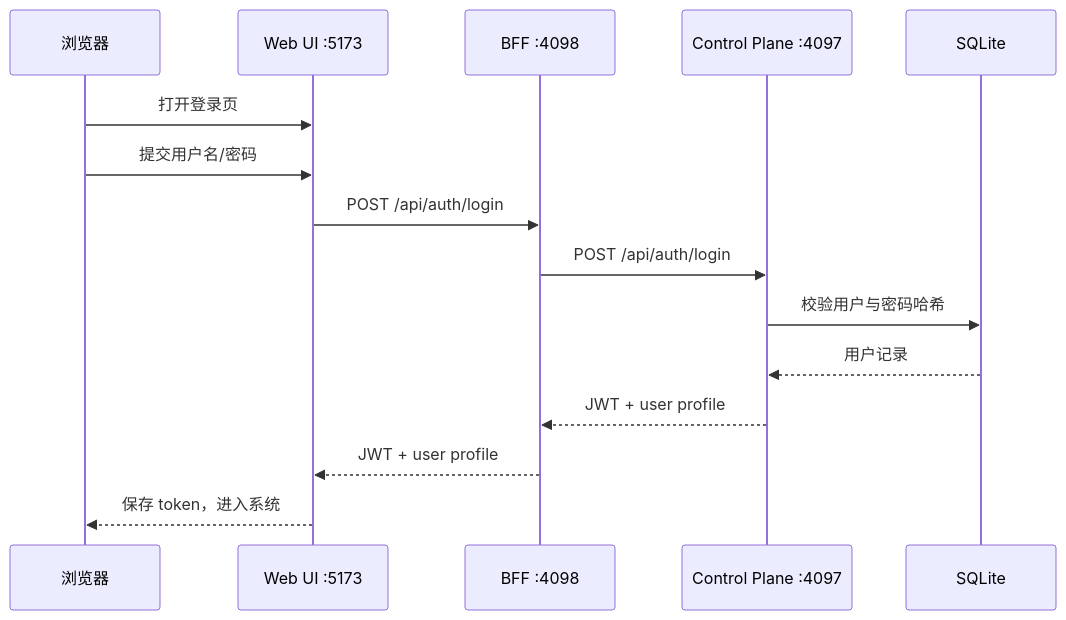
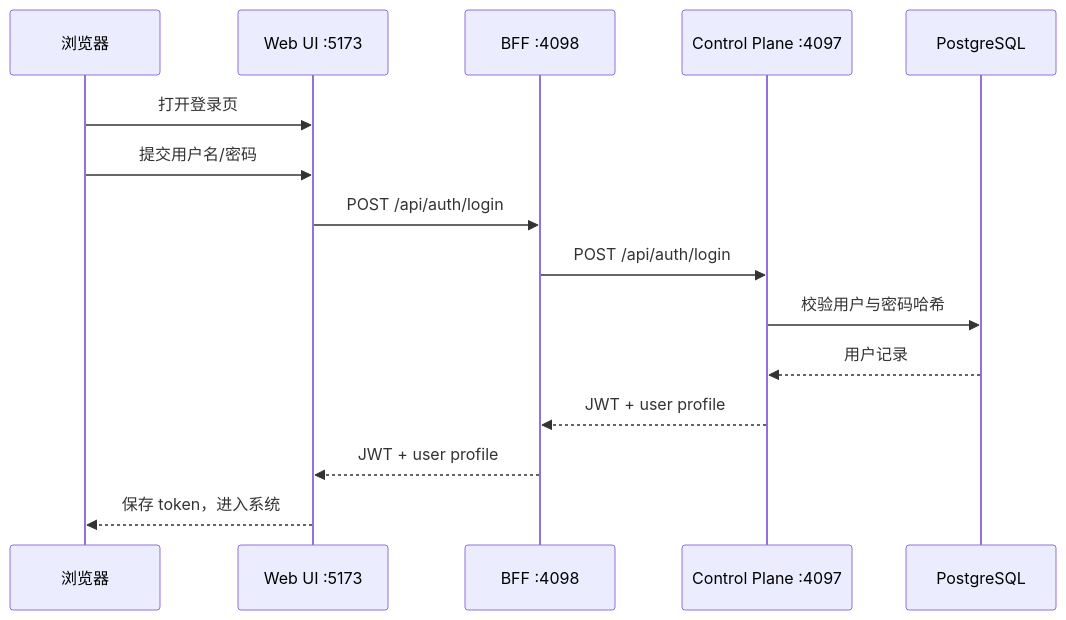
Before and after one commit to openerserver/openerx: the second of 5 diagrams in docs/runtime-process-architecture.md, drawn with Mermaid. The commit also changed other lines of this file and 33 other files, not shown here.

````diff
--- a/docs/runtime-process-architecture.md
+++ b/docs/runtime-process-architecture.md
@@ -136,18 +136,18 @@
 ```mermaid
 sequenceDiagram
   participant Browser as 浏览器
   participant UI as Web UI :5173
   participant BFF as BFF :4098
   participant CP as Control Plane :4097
-  participant DB as SQLite
+  participant DB as PostgreSQL
 
   Browser->>UI: 打开登录页
   Browser->>UI: 提交用户名/密码
   UI->>BFF: POST /api/auth/login
   BFF->>CP: POST /api/auth/login
   CP->>DB: 校验用户与密码哈希
   DB-->>CP: 用户记录
   CP-->>BFF: JWT + user profile
   BFF-->>UI: JWT + user profile
   UI-->>Browser: 保存 token，进入系统
 ```
````
